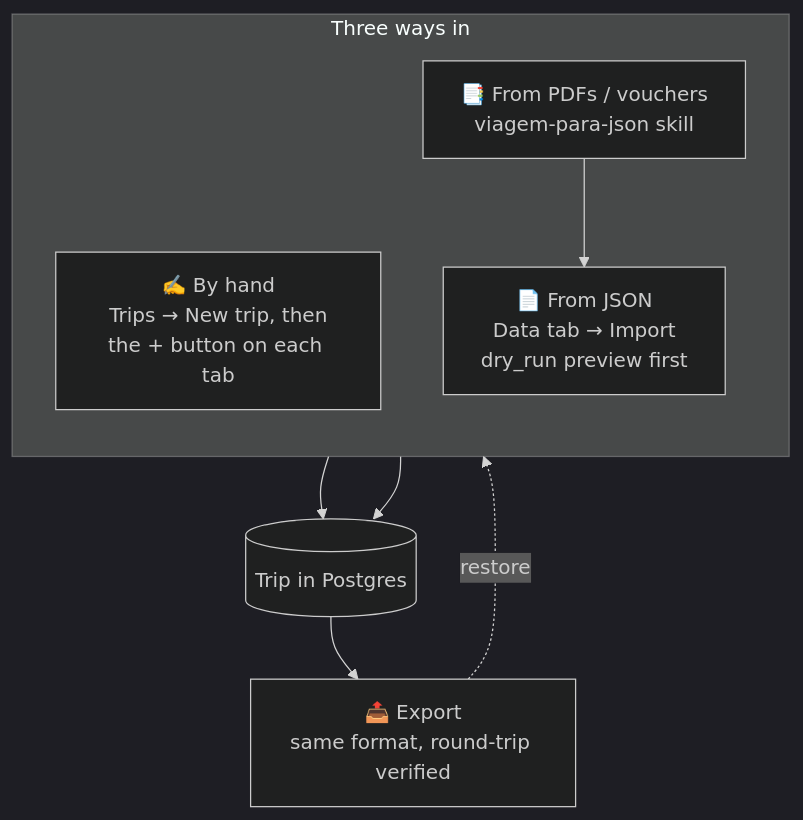
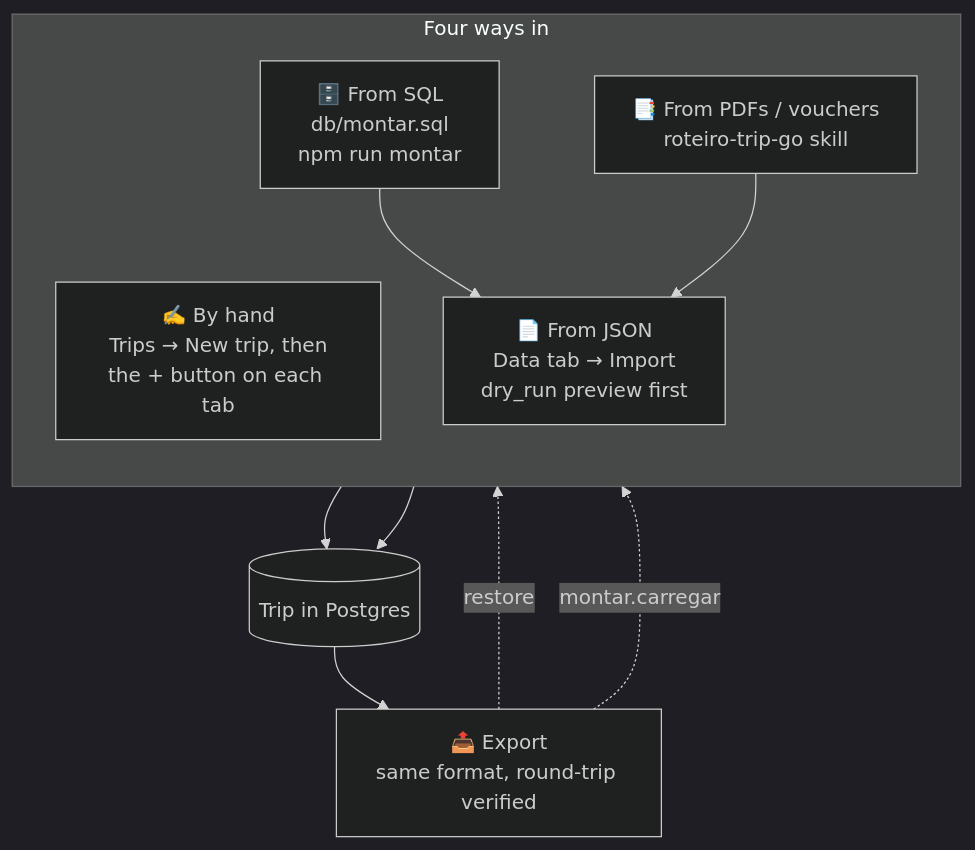
Before and after one commit to almeidaleo1995/trip-go: diagram 12 of 14 in README.md, drawn with Mermaid (dark theme). The commit also changed other lines of this file and 3 other files, not shown here.

````diff
--- a/README.md
+++ b/README.md
@@ -909,14 +913,17 @@
 ```mermaid
 flowchart TB
-    subgraph PATHS["Three ways in"]
+    subgraph PATHS["Four ways in"]
         direction TB
         A["✍️ By hand<br/>Trips → New trip, then<br/>the + button on each tab"]
         B["📄 From JSON<br/>Data tab → Import<br/>dry_run preview first"]
-        C["📑 From PDFs / vouchers<br/>viagem-para-json skill"]
+        C["🗄️ From SQL<br/>db/montar.sql<br/>npm run montar"]
+        F["📑 From PDFs / vouchers<br/>roteiro-trip-go skill"]
     end
     C --> B
+    F --> B
     B --> D[("Trip in Postgres")]
     A --> D
     D --> E["📤 Export<br/>same format, round-trip verified"]
     E -.->|"restore"| B
+    E -.->|"montar.carregar"| C
 ```
````
